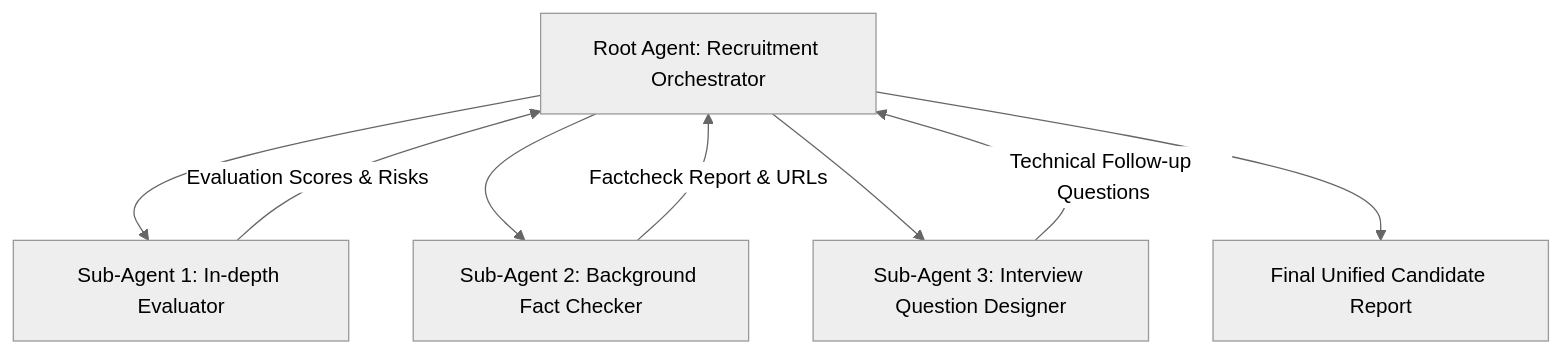
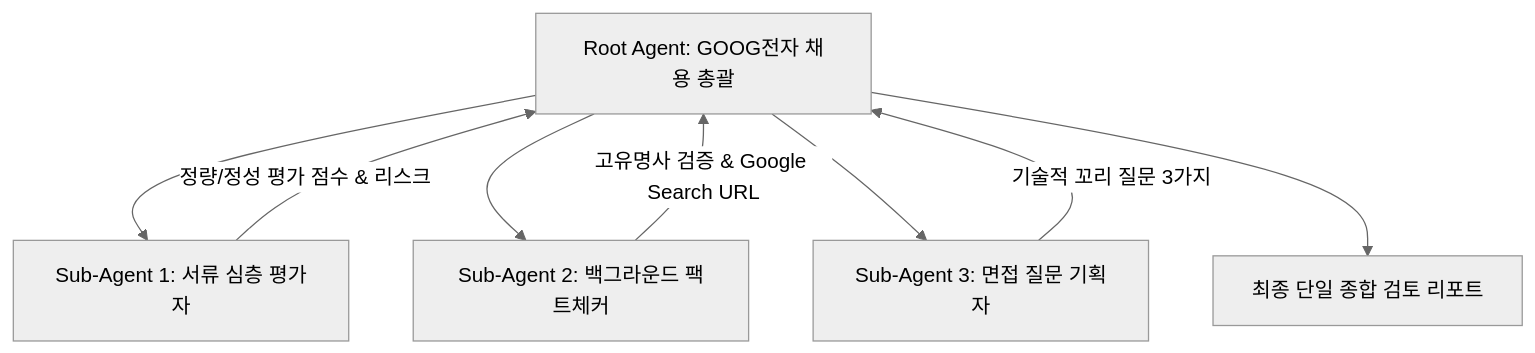
One commit to shins777/gemini_enterprise_lab changed the diagram in ge_lab/lab.md. Above: the diagram before and after it, drawn with Mermaid (neutral theme). The commit also changed other lines of this file, not shown here.

````diff
--- a/ge_lab/lab.md
+++ b/ge_lab/lab.md
@@ -373,12 +379,12 @@
 ```mermaid
 graph TD
-    A[Root Agent: Recruitment Orchestrator] --> B[Sub-Agent 1: In-depth Evaluator]
-    A --> C[Sub-Agent 2: Background Fact Checker]
-    A --> D[Sub-Agent 3: Interview Question Designer]
+    A[Root Agent: GOOG전자 채용 총괄] --> B[Sub-Agent 1: 서류 심층 평가자]
+    A --> C[Sub-Agent 2: 백그라운드 팩트체커]
+    A --> D[Sub-Agent 3: 면접 질문 기획자]
     
-    B -- Evaluation Scores & Risks --> A
-    C -- Factcheck Report & URLs --> A
-    D -- Technical Follow-up Questions --> A
+    B -- 정량/정성 평가 점수 & 리스크 --> A
+    C -- 고유명사 검증 & Google Search URL --> A
+    D -- 기술적 꼬리 질문 3가지 --> A
     
-    A --> E[Final Unified Candidate Report]
+    A --> E[최종 단일 종합 검토 리포트]
 ```
````
